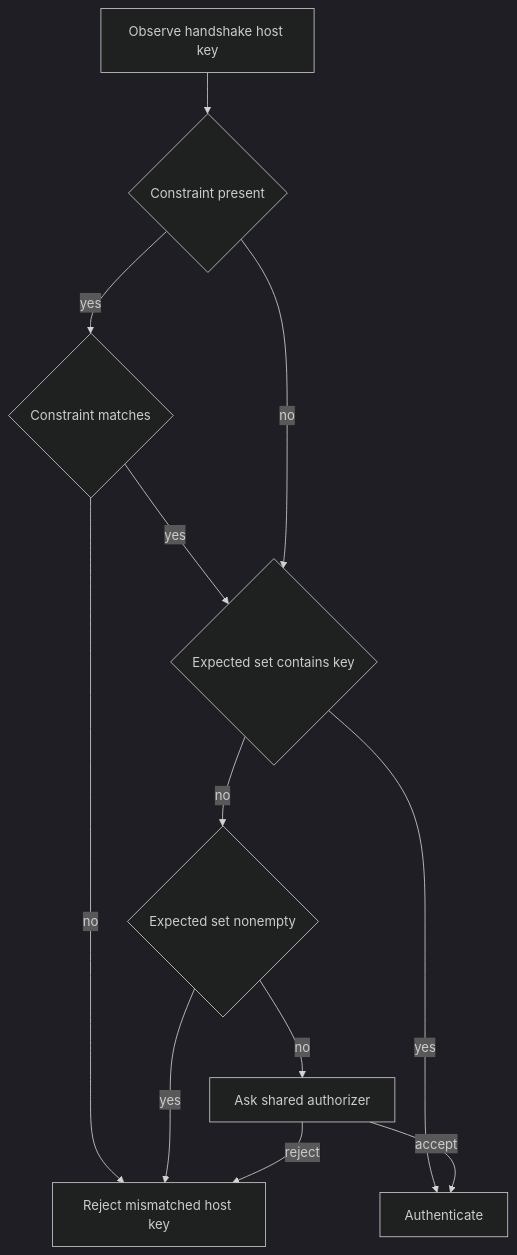
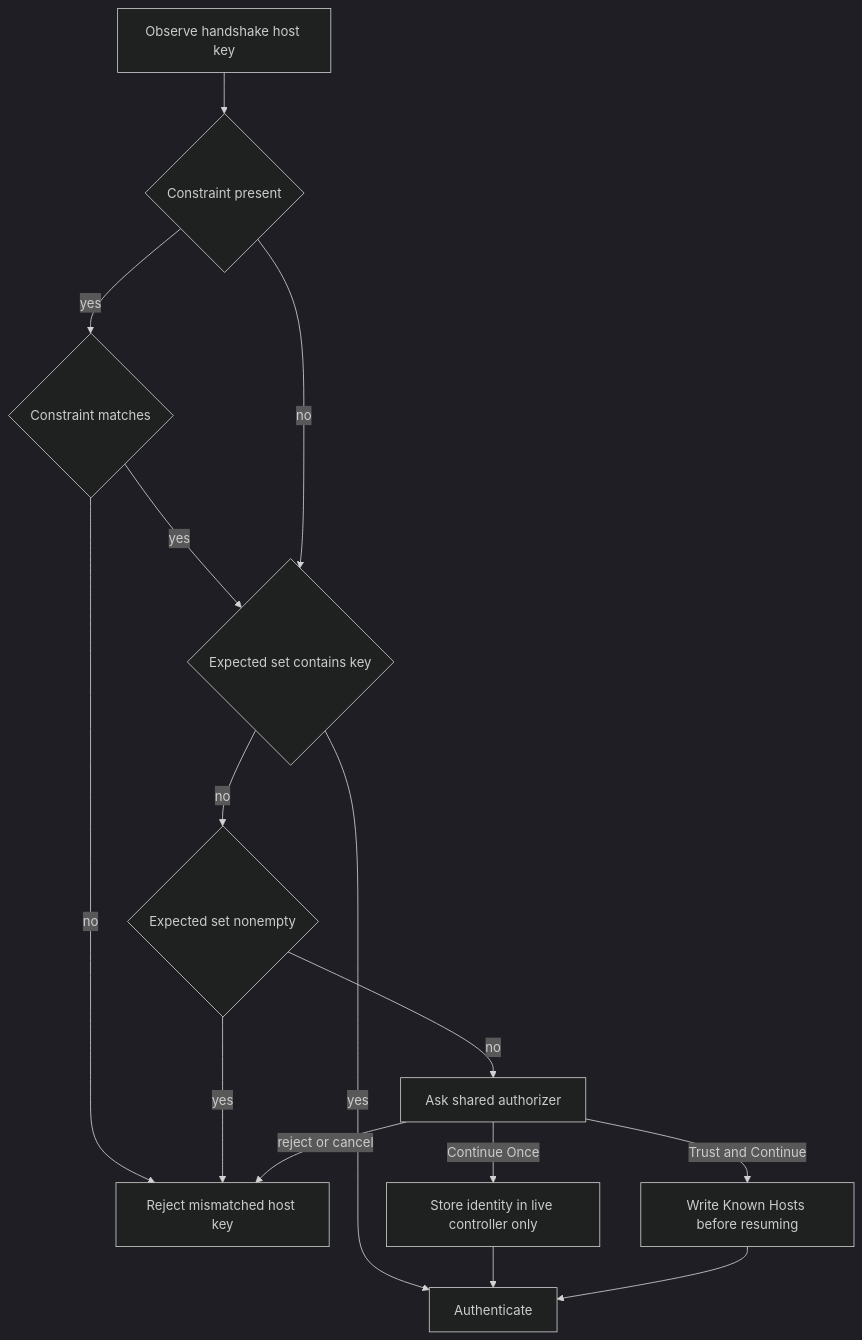
One commit to AkinoKaede/Termind changed the third of 10 diagrams in openwiki/workflows/ssh-session-lifecycle.md. Above: the diagram before and after it, drawn with Mermaid (dark theme). The commit also changed other lines of this file and 54 other files, not shown here.

````diff
--- a/openwiki/workflows/ssh-session-lifecycle.md
+++ b/openwiki/workflows/ssh-session-lifecycle.md
@@ -248,14 +252,17 @@
 ```mermaid
 flowchart TD
     Seen["Observe handshake host key"] --> Constraint{"Constraint present"}
     Constraint -->|yes| Match{"Constraint matches"}
     Match -->|no| Reject["Reject mismatched host key"]
     Match -->|yes| Known
     Constraint -->|no| Known{"Expected set contains key"}
     Known -->|yes| Auth["Authenticate"]
     Known -->|no| Existing{"Expected set nonempty"}
     Existing -->|yes| Reject
     Existing -->|no| Prompt["Ask shared authorizer"]
-    Prompt -->|accept| Auth
-    Prompt -->|reject| Reject
+    Prompt -->|Continue Once| Temporary["Store identity in live controller only"]
+    Prompt -->|Trust and Continue| Persist["Write Known Hosts before resuming"]
+    Temporary --> Auth
+    Persist --> Auth
+    Prompt -->|reject or cancel| Reject
 ```
````
